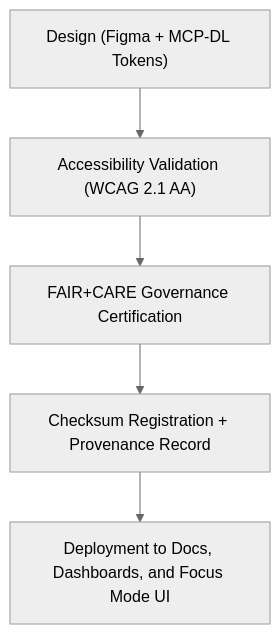
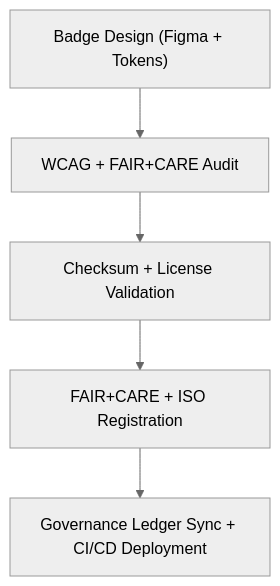
The diagram in web/public/icons/badges/README.md (bartytime4life/Kansas-Frontier-Matrix), drawn with Mermaid (neutral theme) before and after one commit. The commit also changed other lines of this file, not shown here.

````diff
--- a/web/public/icons/badges/README.md
+++ b/web/public/icons/badges/README.md
@@ -65,7 +56,7 @@
 ```mermaid
 flowchart TD
-    A["Design (Figma + MCP-DL Tokens)"] --> B["Accessibility Validation (WCAG 2.1 AA)"]
-    B --> C["FAIR+CARE Governance Certification"]
-    C --> D["Checksum Registration + Provenance Record"]
-    D --> E["Deployment to Docs, Dashboards, and Focus Mode UI"]
+A["Badge Design (Figma + Tokens)"] --> B["WCAG + FAIR+CARE Audit"]
+B --> C["Checksum + License Validation"]
+C --> D["FAIR+CARE + ISO Registration"]
+D --> E["Governance Ledger Sync + CI/CD Deployment"]
 ```
````
